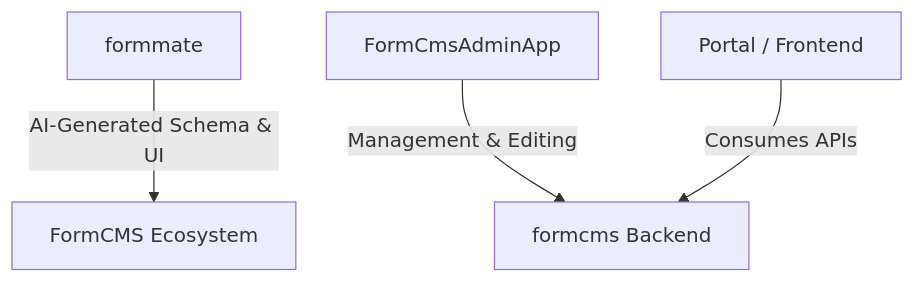
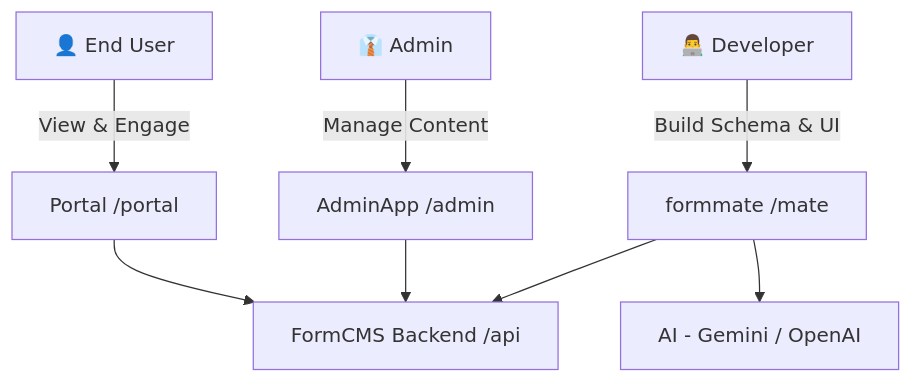
Before and after one commit to kaboomtastic9000k/formmate: the diagram in README.md, drawn with Mermaid. The commit also changed other lines of this file and 5 other files, not shown here.

````diff
--- a/README.md
+++ b/README.md
@@ -125,6 +135,11 @@
 ```mermaid
 graph TD
-    A[formmate] -->|AI-Generated Schema & UI| B[FormCMS Ecosystem]
-    C[FormCmsAdminApp] -->|Management & Editing| D[formcms Backend]
-    E[Portal / Frontend] -->|Consumes APIs| D
+    U1[👨‍💻 Developer] -->|Build Schema & UI| A[formmate /mate]
+    U2[👔 Admin] -->|Manage Content| C[AdminApp /admin]
+    U3[👤 End User] -->|View & Engage| D[Portal /portal]
+    
+    A --> B[FormCMS Backend /api]
+    A --> E[AI - Gemini / OpenAI]
+    C --> B
+    D --> B
 ```
````
